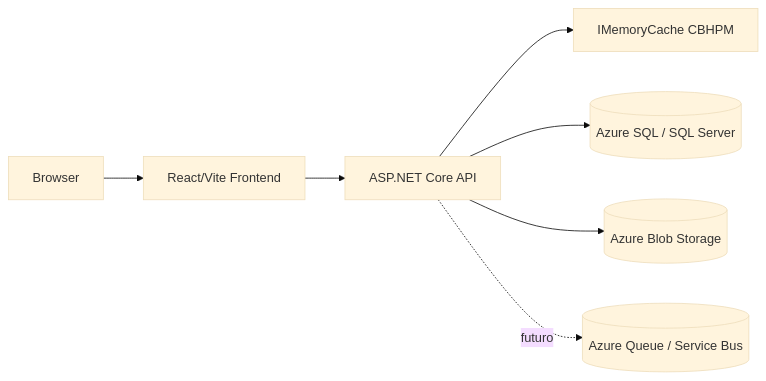
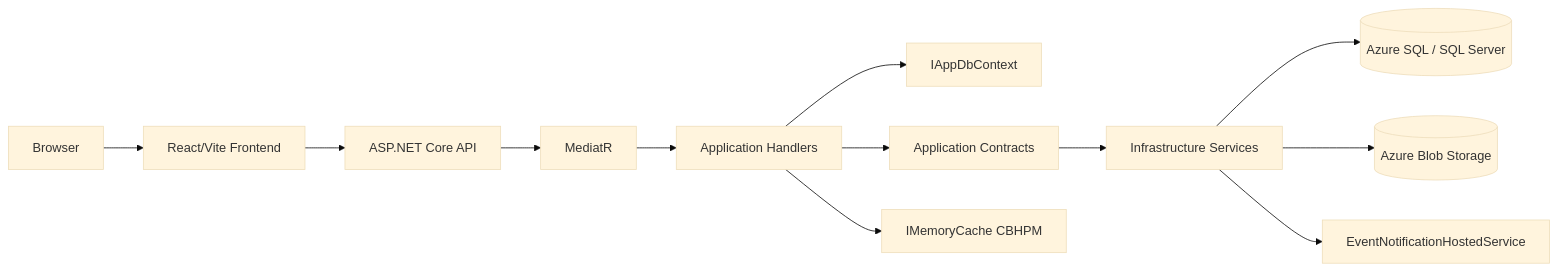
One commit to Hemodinks/hemodinks-api changed the second of 8 diagrams in docs/TECHNICAL_DOCUMENTATION.md. Above: the diagram before and after it, drawn with Mermaid (base theme). The commit also changed other lines of this file and 11 other files, not shown here.

````diff
--- a/docs/TECHNICAL_DOCUMENTATION.md
+++ b/docs/TECHNICAL_DOCUMENTATION.md
@@ -20,9 +43,14 @@
 ```mermaid
 flowchart LR
     Browser[Browser] --> Front[React/Vite Frontend]
     Front --> API[ASP.NET Core API]
-    API --> Cache[IMemoryCache CBHPM]
-    API --> Sql[(Azure SQL / SQL Server)]
-    API --> Blob[(Azure Blob Storage)]
-    API -. futuro .-> Queue[(Azure Queue / Service Bus)]
+    API --> Mediator[MediatR]
+    Mediator --> Handlers[Application Handlers]
+    Handlers --> DbContext[IAppDbContext]
+    Handlers --> Contracts[Application Contracts]
+    Contracts --> Infra[Infrastructure Services]
+    Infra --> Sql[(Azure SQL / SQL Server)]
+    Infra --> Blob[(Azure Blob Storage)]
+    Infra --> Worker[EventNotificationHostedService]
+    Handlers --> Cache[IMemoryCache CBHPM]
 ```
````
